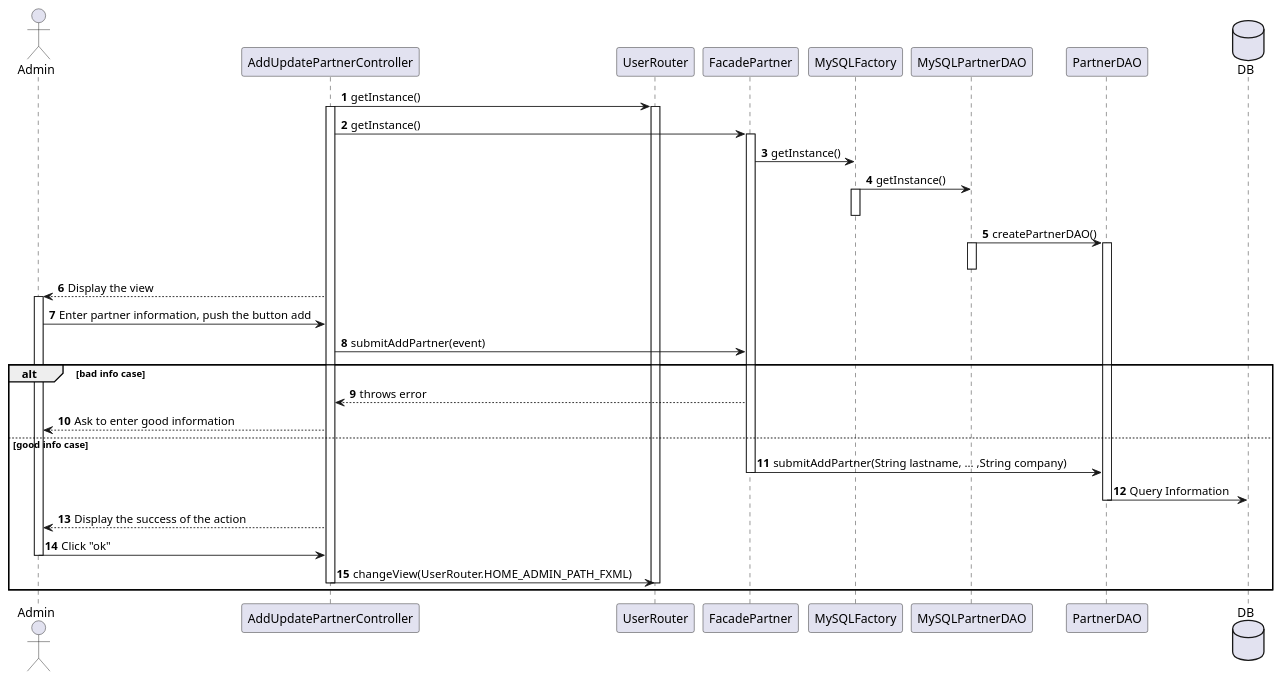
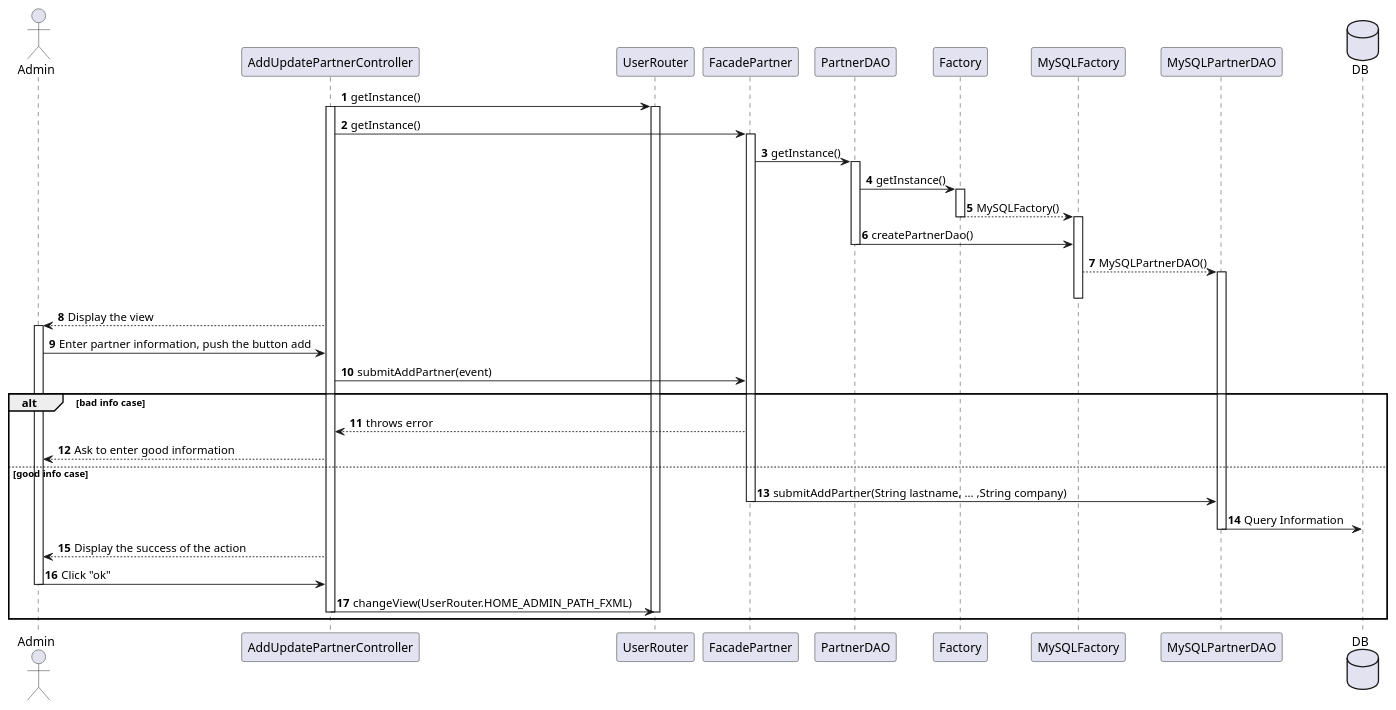
The diagram in project_diagrams/sequenceDiagrams/partnerManagement.puml (guiguie34/StudEasy), drawn with PlantUML before and after one commit. The commit also changed 2 other files, not shown here.

Commit message:
V3 partnerManagement.puml, pointManagement.puml, serviceManagement.puml

```diff
--- a/project_diagrams/sequenceDiagrams/partnerManagement.puml
+++ b/project_diagrams/sequenceDiagrams/partnerManagement.puml
@@ -1,37 +1,44 @@
 @startuml
 autonumber
 actor Admin
 AddUpdatePartnerController -> UserRouter : getInstance()
 activate AddUpdatePartnerController
 activate UserRouter
 AddUpdatePartnerController -> FacadePartner : getInstance()
 activate FacadePartner
-FacadePartner -> MySQLFactory : getInstance()
-MySQLFactory -> MySQLPartnerDAO : getInstance()
+FacadePartner -> PartnerDAO : getInstance()
+activate PartnerDAO
+PartnerDAO -> Factory : getInstance()
+
+activate Factory
+Factory --> MySQLFactory : MySQLFactory()
+deactivate Factory
 activate MySQLFactory
+PartnerDAO -> MySQLFactory : createPartnerDao()
+deactivate PartnerDAO
+MySQLFactory --> MySQLPartnerDAO : MySQLPartnerDAO()
+activate MySQLPartnerDAO
 deactivate MySQLFactory
-MySQLPartnerDAO -> PartnerDAO : createPartnerDAO()
-activate MySQLPartnerDAO
-deactivate MySQLPartnerDAO
-activate PartnerDAO
+
+
 AddUpdatePartnerController --> Admin : Display the view
 activate Admin
 Admin -> AddUpdatePartnerController : Enter partner information, push the button add
 AddUpdatePartnerController -> FacadePartner : submitAddPartner(event)
 alt bad info case
     FacadePartner --> AddUpdatePartnerController : throws error
     AddUpdatePartnerController --> Admin : Ask to enter good information
 else good info case
-    FacadePartner -> PartnerDAO : submitAddPartner(String lastname, ... ,String company)
+    FacadePartner -> MySQLPartnerDAO : submitAddPartner(String lastname, ... ,String company)
     deactivate FacadePartner
     database DB
-    PartnerDAO -> DB : Query Information
-    deactivate PartnerDAO
+    MySQLPartnerDAO -> DB : Query Information
+    deactivate MySQLPartnerDAO
     AddUpdatePartnerController --> Admin : Display the success of the action
     Admin -> AddUpdatePartnerController : Click "ok"
     deactivate Admin
     AddUpdatePartnerController -> UserRouter : changeView(UserRouter.HOME_ADMIN_PATH_FXML)
     deactivate AddUpdatePartnerController
     deactivate UserRouter
 end
 @enduml
```
